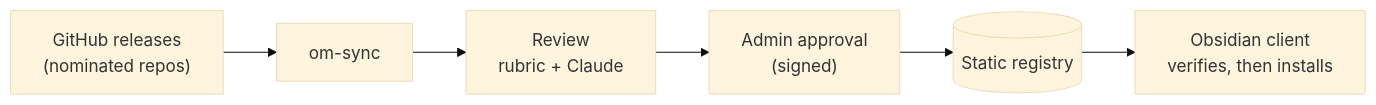
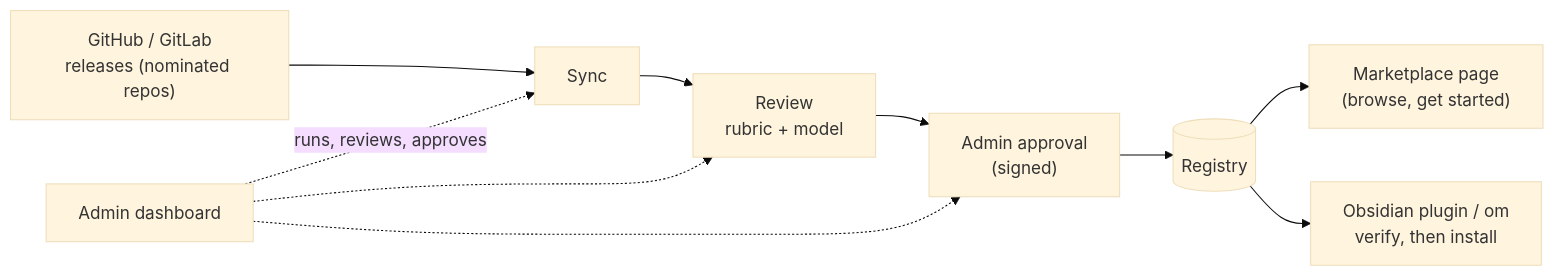
One commit to dstaulcu/obsidian-onprem-marketplace changed the diagram in README.md. Above: the diagram before and after it, drawn with Mermaid (base theme). The commit also changed other lines of this file and 1 other file, not shown here.

Commit message:
README: lead with the user page and admin dashboard; command line moves to its own section

````diff
--- a/README.md
+++ b/README.md
@@ -9,8 +10,12 @@
 ```mermaid
 flowchart LR
-    GH["GitHub releases<br/>(nominated repos)"] --> SYNC["om-sync"]
-    SYNC --> REV["Review<br/>rubric + Claude"]
+    GH["GitHub / GitLab<br/>releases (nominated repos)"] --> SYNC["Sync"]
+    SYNC --> REV["Review<br/>rubric + model"]
     REV --> APP["Admin approval<br/>(signed)"]
-    APP --> REG[("Static registry")]
-    REG --> CL["Obsidian client<br/>verifies, then installs"]
+    APP --> REG[("Registry")]
+    REG --> WEB["Marketplace page<br/>(browse, get started)"]
+    REG --> CL["Obsidian plugin / om<br/>verify, then install"]
+    ADM["Admin dashboard"] -. runs, reviews, approves .-> SYNC
+    ADM -.-> REV
+    ADM -.-> APP
 ```
````
